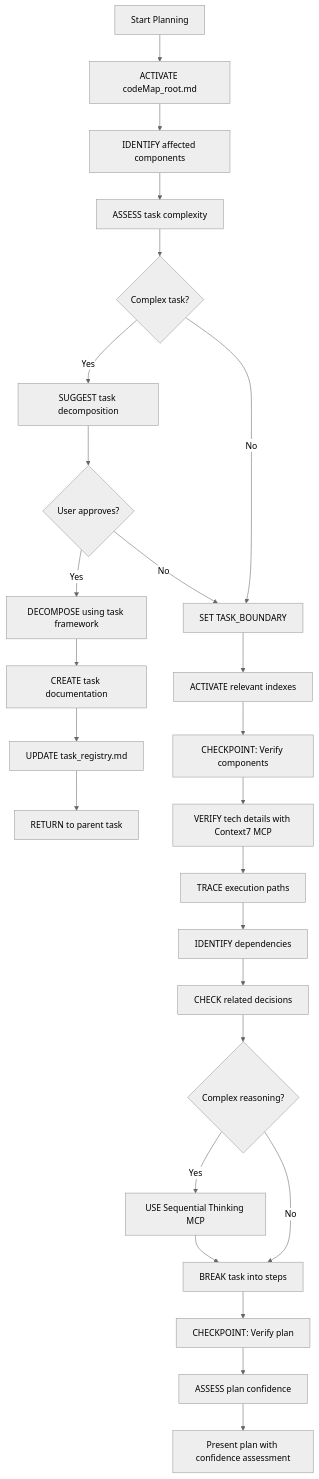
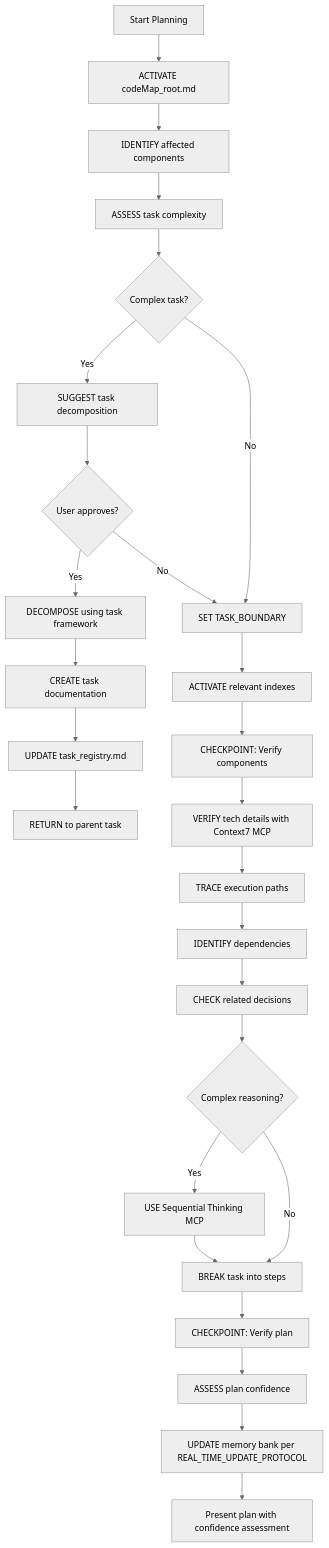
Before and after one commit to tejastechq/timezonepulse: the third of 6 diagrams in .cursor/rules/custom-instructions.mdc, drawn with Mermaid (neutral theme). The commit also changed other lines of this file and 23 other files, not shown here.

````diff
--- a/.cursor/rules/custom-instructions.mdc
+++ b/.cursor/rules/custom-instructions.mdc
@@ -722,28 +743,29 @@
 ```mermaid
 flowchart TD
     Start[Start Planning] --> Activate[ACTIVATE codeMap_root.md]
     Activate --> Identify[IDENTIFY affected components]
     Identify --> Assess[ASSESS task complexity]
     Assess --> Complex{Complex task?}
     Complex -->|Yes| Suggest[SUGGEST task decomposition]
     Complex -->|No| Standard[SET TASK_BOUNDARY]
     Suggest --> UserDecision{User approves?}
     UserDecision -->|Yes| Decompose[DECOMPOSE using task framework]
     UserDecision -->|No| Standard
     Standard --> LoadIndex[ACTIVATE relevant indexes]
     Decompose --> CreateTask[CREATE task documentation]
     CreateTask --> RegisterTask[UPDATE task_registry.md]
     RegisterTask --> Return[RETURN to parent task]
     LoadIndex --> Checkpoint1[CHECKPOINT: Verify components]
     Checkpoint1 --> TechVerify[VERIFY tech details with Context7 MCP]
     TechVerify --> TraceFlow[TRACE execution paths]
     TraceFlow --> IdentifyDeps[IDENTIFY dependencies]
     IdentifyDeps --> CheckDecisions[CHECK related decisions]
     CheckDecisions --> ComplexReason{Complex reasoning?}
     ComplexReason -->|Yes| SeqThink[USE Sequential Thinking MCP]
     ComplexReason -->|No| BreakTask[BREAK task into steps]
     SeqThink --> BreakTask
     BreakTask --> Checkpoint2[CHECKPOINT: Verify plan]
     Checkpoint2 --> AssessConfidence[ASSESS plan confidence]
-    AssessConfidence --> FormStrategy[Present plan with confidence assessment]
+    AssessConfidence --> UpdateDocs[UPDATE memory bank per REAL_TIME_UPDATE_PROTOCOL]
+    UpdateDocs --> FormStrategy[Present plan with confidence assessment]
 ```
````
